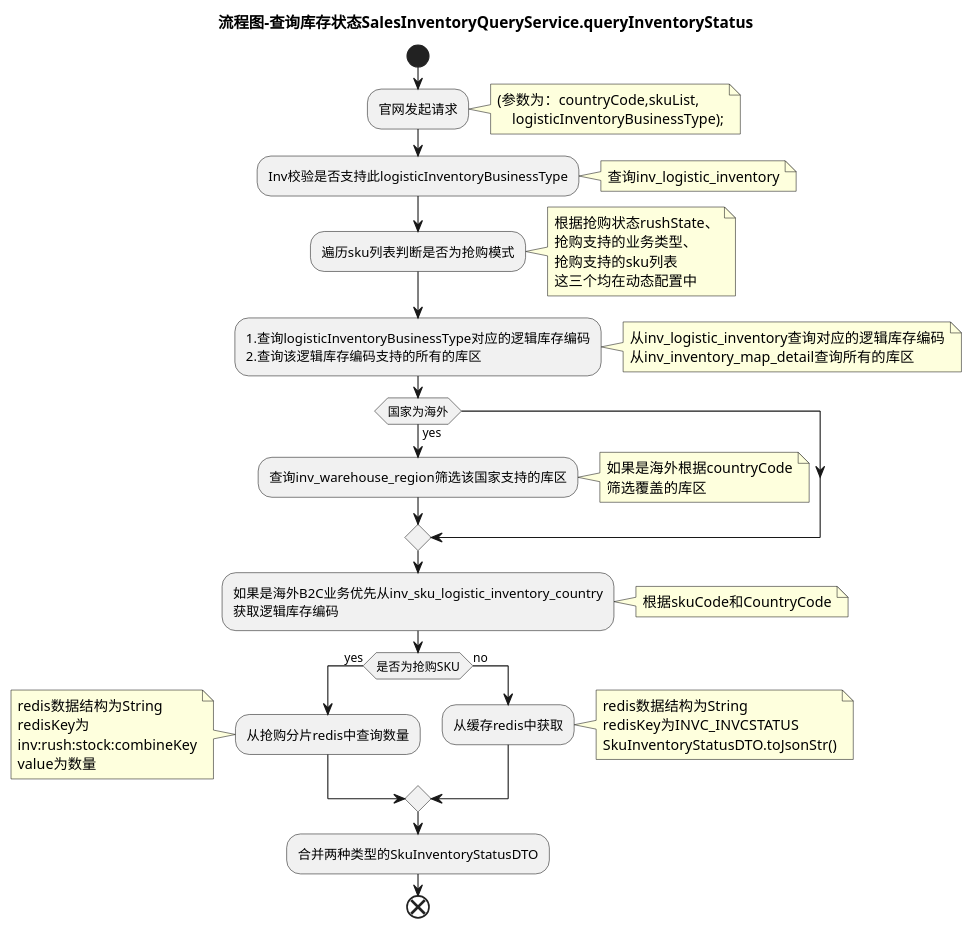
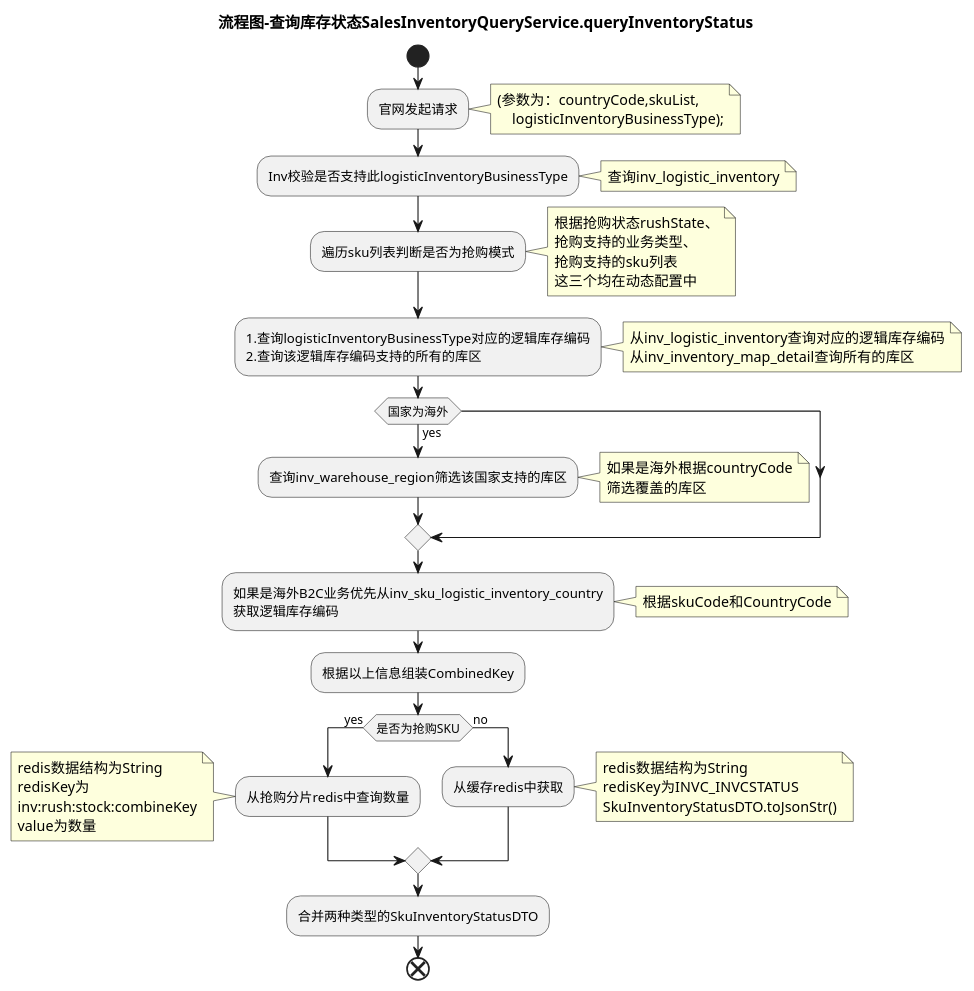
Before and after one commit to newbigTech/myDesignPattern: the diagram in uml/inventory/queryInventoryStatus.puml, drawn with PlantUML.

```diff
--- a/uml/inventory/queryInventoryStatus.puml
+++ b/uml/inventory/queryInventoryStatus.puml
@@ -1,65 +1,67 @@
 @startuml
 'Store -> inventory:查询库存状态(countryCode,skuList,logisticInventoryBusinessType)
 'inventory -> inventory:查询inv_logistic_inventory,校验是否支持此logisticInventoryBusinessType
 title 流程图-查询库存状态SalesInventoryQueryService.queryInventoryStatus
 start
 :官网发起请求;
 note right
 (参数为：countryCode,skuList,
     logisticInventoryBusinessType);
 end note
 
 :Inv校验是否支持此logisticInventoryBusinessType;
 note right
 查询inv_logistic_inventory
 end note
 
 :遍历sku列表判断是否为抢购模式;
 note right
 根据抢购状态rushState、
 抢购支持的业务类型、
 抢购支持的sku列表
 这三个均在动态配置中
 end note
 
 :1.查询logisticInventoryBusinessType对应的逻辑库存编码
 2.查询该逻辑库存编码支持的所有的库区;
 note right
 从inv_logistic_inventory查询对应的逻辑库存编码
 从inv_inventory_map_detail查询所有的库区
 end note
 
 if (国家为海外) then (yes)
     :查询inv_warehouse_region筛选该国家支持的库区;
     note right
     如果是海外根据countryCode
     筛选覆盖的库区
     end note
 endif
 
 :如果是海外B2C业务优先从inv_sku_logistic_inventory_country
 获取逻辑库存编码;
 note right
 根据skuCode和CountryCode
 end note
 
+:根据以上信息组装CombinedKey;
+
 if(是否为抢购SKU) then(yes)
     :从抢购分片redis中查询数量;
     note left
         redis数据结构为String
         redisKey为
         inv:rush:stock:combineKey
         value为数量
     end note
 else (no)
     :从缓存redis中获取;
     note right
         redis数据结构为String
         redisKey为INVC_INVCSTATUS
         SkuInventoryStatusDTO.toJsonStr()
     end note
 endif
 
 :合并两种类型的SkuInventoryStatusDTO;
 end
 @enduml
```
